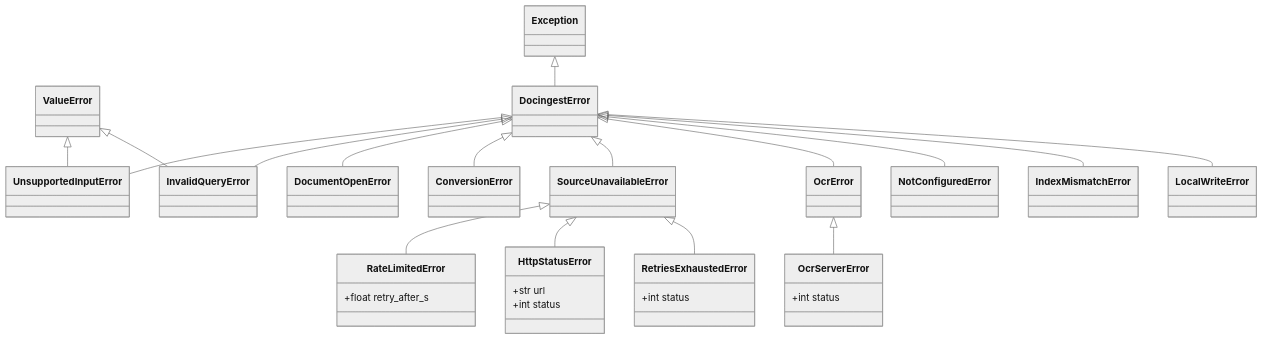
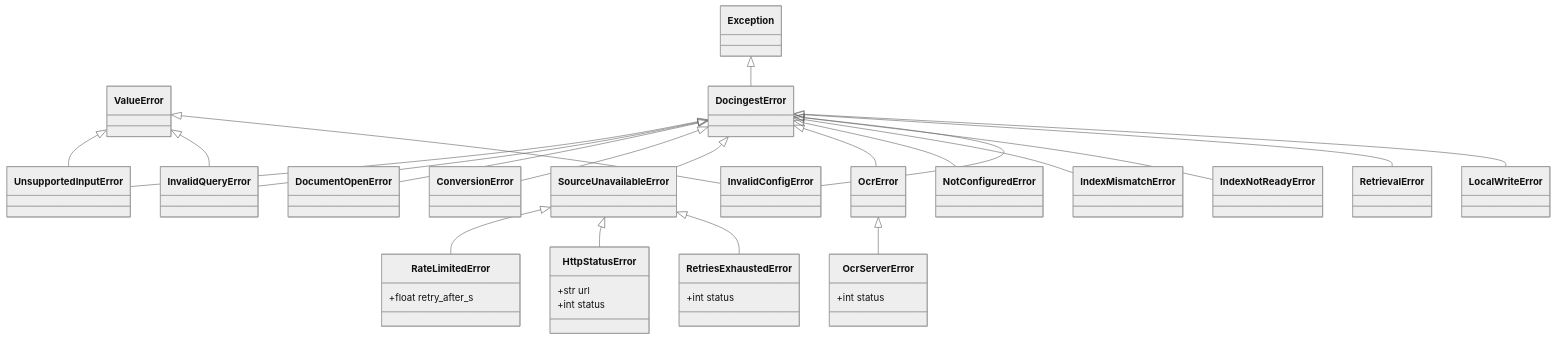
Before and after one commit to etxsA/doc-ingest: the fourth of 4 diagrams in packages/docingest/src/docingest/domain/README.md, drawn with Mermaid (neutral theme). The commit also changed other lines of this file and 11 other files, not shown here.

````diff
--- a/packages/docingest/src/docingest/domain/README.md
+++ b/packages/docingest/src/docingest/domain/README.md
@@ -555,44 +555,51 @@
 ```mermaid
 classDiagram
     class Exception
     class ValueError
     class DocingestError
     class UnsupportedInputError
     class InvalidQueryError
     class DocumentOpenError
     class ConversionError
     class SourceUnavailableError
     class RateLimitedError {
         +float retry_after_s
     }
     class OcrError
     class NotConfiguredError
     class IndexMismatchError
+    class IndexNotReadyError
+    class InvalidConfigError
+    class RetrievalError
     class OcrServerError {
         +int status
     }
     class HttpStatusError {
         +str url
         +int status
     }
     class RetriesExhaustedError {
         +int status
     }
     class LocalWriteError
     Exception <|-- DocingestError
     DocingestError <|-- UnsupportedInputError
     ValueError <|-- UnsupportedInputError
     DocingestError <|-- InvalidQueryError
     ValueError <|-- InvalidQueryError
     DocingestError <|-- DocumentOpenError
     DocingestError <|-- ConversionError
     DocingestError <|-- SourceUnavailableError
     SourceUnavailableError <|-- RateLimitedError
     DocingestError <|-- OcrError
     DocingestError <|-- NotConfiguredError
     DocingestError <|-- IndexMismatchError
+    DocingestError <|-- IndexNotReadyError
+    DocingestError <|-- InvalidConfigError
+    ValueError <|-- InvalidConfigError
+    DocingestError <|-- RetrievalError
     OcrError <|-- OcrServerError
     SourceUnavailableError <|-- HttpStatusError
     SourceUnavailableError <|-- RetriesExhaustedError
     DocingestError <|-- LocalWriteError
 ```
````
